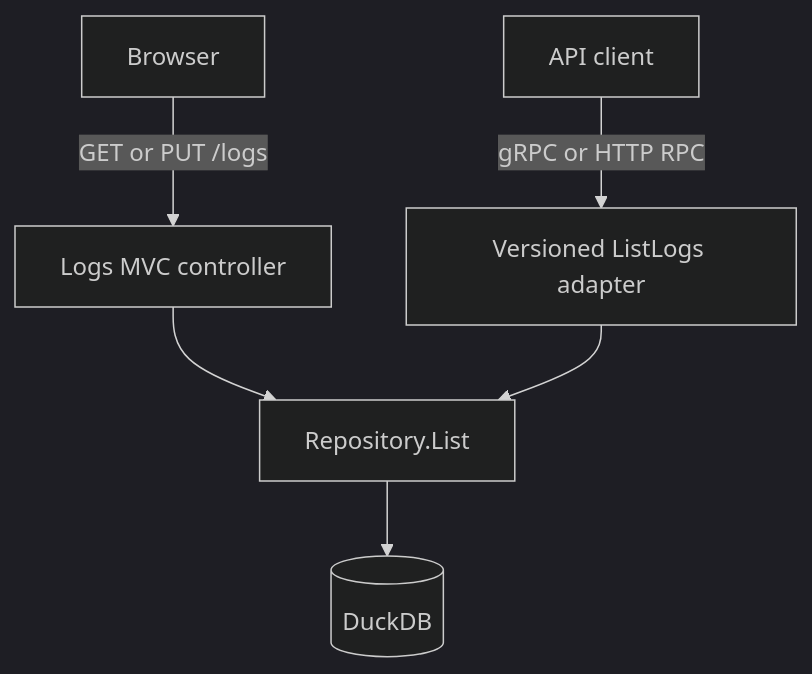
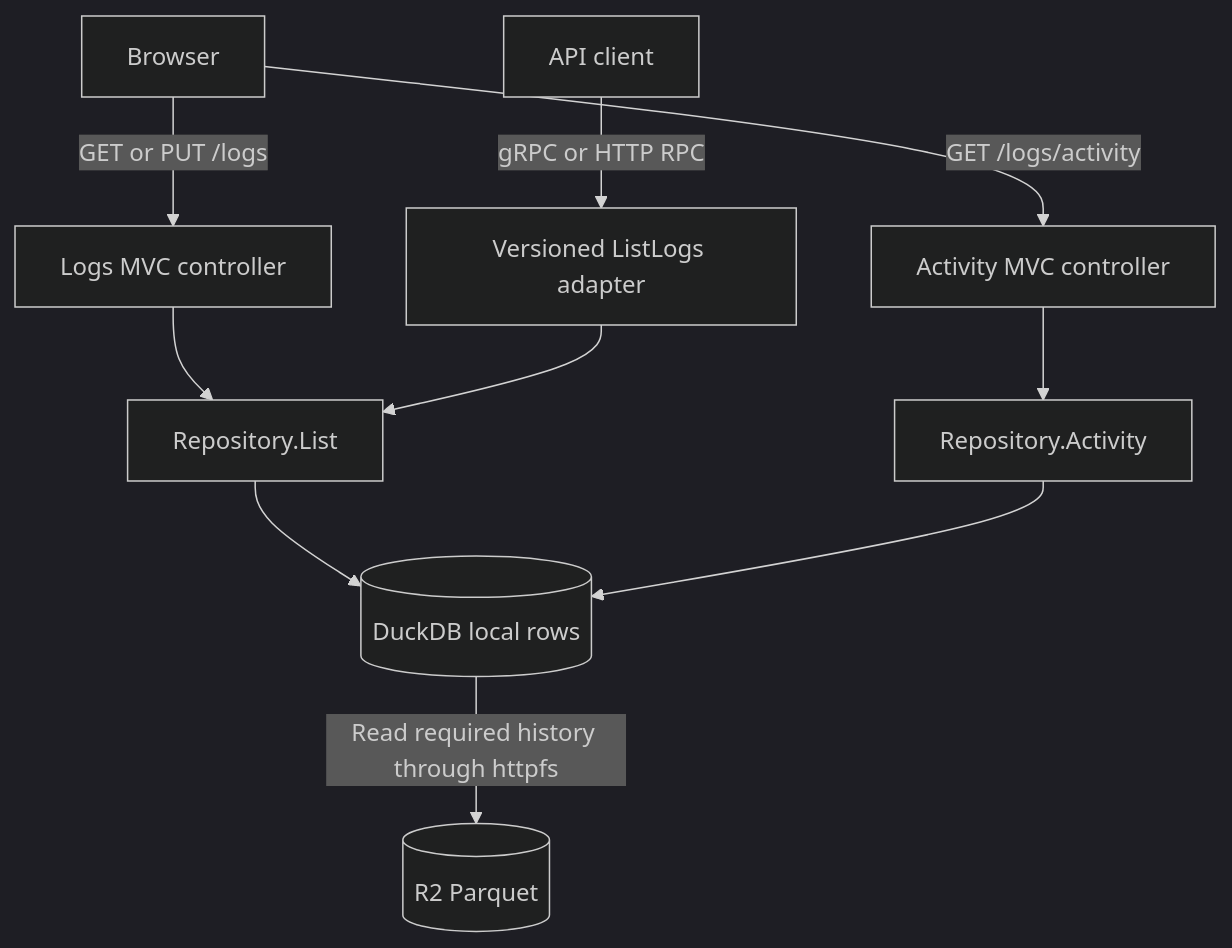
One commit to alexfalkowski/einblick changed the diagram in docs/development.md. Above: the diagram before and after it, drawn with Mermaid (dark theme). The commit also changed other lines of this file and 16 other files, not shown here.

First line of the commit message:
feat(logs): display timestamps in browser time zones (#72)

````diff
--- a/docs/development.md
+++ b/docs/development.md
@@ -108,10 +109,14 @@
 ```mermaid
 flowchart TD
-    accTitle: Recent-log query paths
-    accDescr: The browser controller and the typed API adapter share the same repository and read the same local database.
+    accTitle: Log query paths
+    accDescr: The Logs page and versioned API use the same List operation. The browser activity chart uses Activity. Both operations read local DuckDB rows and can read older Parquet in R2.
     Browser[Browser] -->|GET or PUT /logs| MVC[Logs MVC controller]
+    Browser -->|GET /logs/activity| Chart[Activity MVC controller]
     Client[API client] -->|gRPC or HTTP RPC| API[Versioned ListLogs adapter]
     MVC --> List[Repository.List]
     API --> List
-    List --> DB[(DuckDB)]
+    Chart --> Activity[Repository.Activity]
+    List --> DB[(DuckDB local rows)]
+    Activity --> DB
+    DB -->|Read required history through httpfs| R2[(R2 Parquet)]
 ```
````
